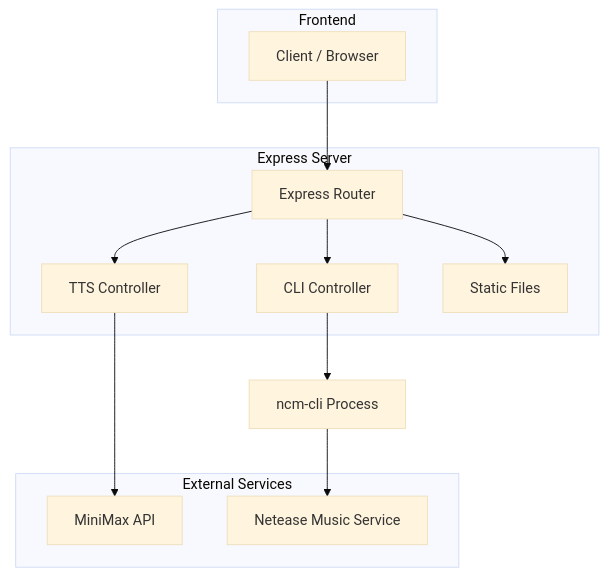
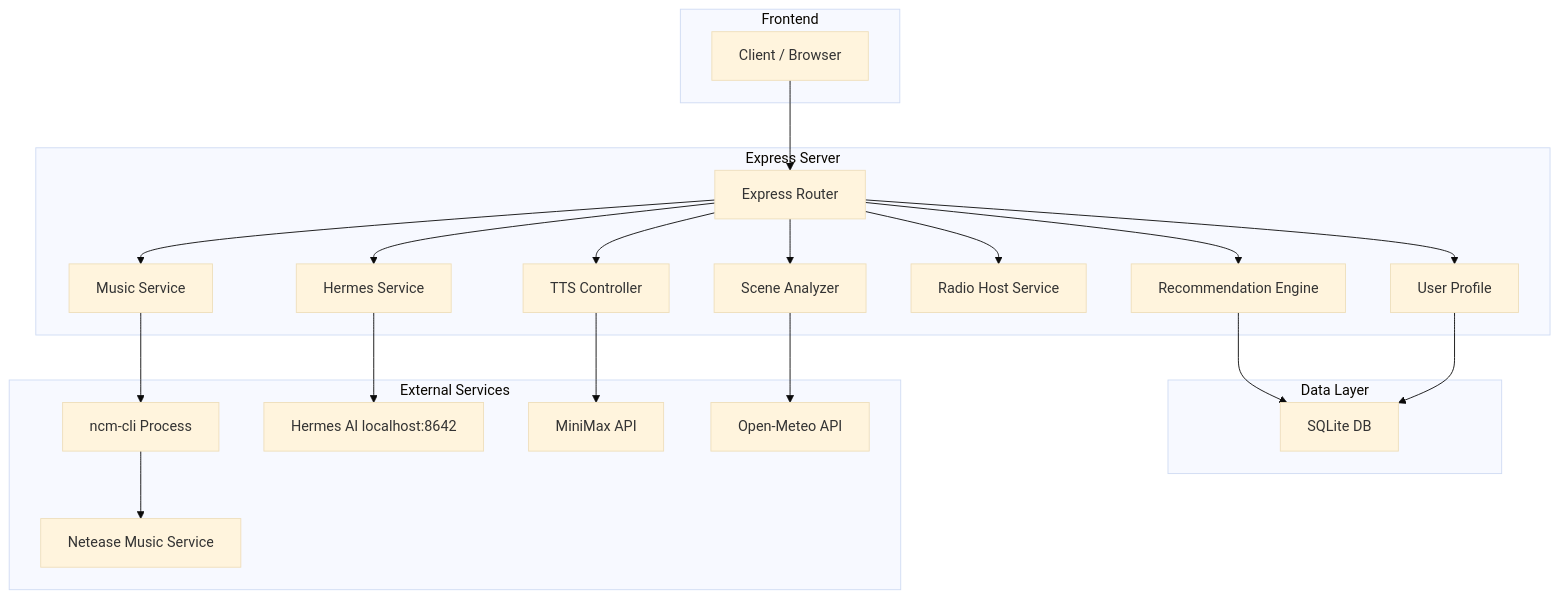
Before and after one commit to ericshpych/Hermudio: the second of 3 diagrams in .trae/documents/hermudio-tech-spec.md, drawn with Mermaid (base theme). The commit also changed other lines of this file and 1 other file, not shown here.

````diff
--- a/.trae/documents/hermudio-tech-spec.md
+++ b/.trae/documents/hermudio-tech-spec.md
@@ -259,26 +233,47 @@
 ```mermaid
 graph TD
     A[Client / Browser] --> B[Express Router]
-    B --> C[CLI Controller]
-    B --> D[TTS Controller]
-    B --> E[Static Files]
-    C --> F[ncm-cli Process]
-    D --> G[MiniMax API]
-    F --> H[Netease Music Service]
+    B --> C[Scene Analyzer]
+    B --> D[Music Service]
+    B --> E[Recommendation Engine]
+    B --> F[Hermes Service]
+    B --> G[Radio Host Service]
+    B --> H[User Profile]
+    B --> I[TTS Controller]
+    
+    D --> J[ncm-cli Process]
+    E --> K[SQLite DB]
+    F --> L[Hermes AI localhost:8642]
+    H --> K
+    I --> M[MiniMax API]
+    
+    C --> N[Open-Meteo API]
+    J --> O[Netease Music Service]
 
     subgraph "Frontend"
         A
     end
 
     subgraph "Express Server"
         B
         C
         D
         E
+        F
+        G
+        H
+        I
+    end
+
+    subgraph "Data Layer"
+        K
     end
 
     subgraph "External Services"
-        G
-        H
+        J
+        L
+        M
+        N
+        O
     end
 ```
````
